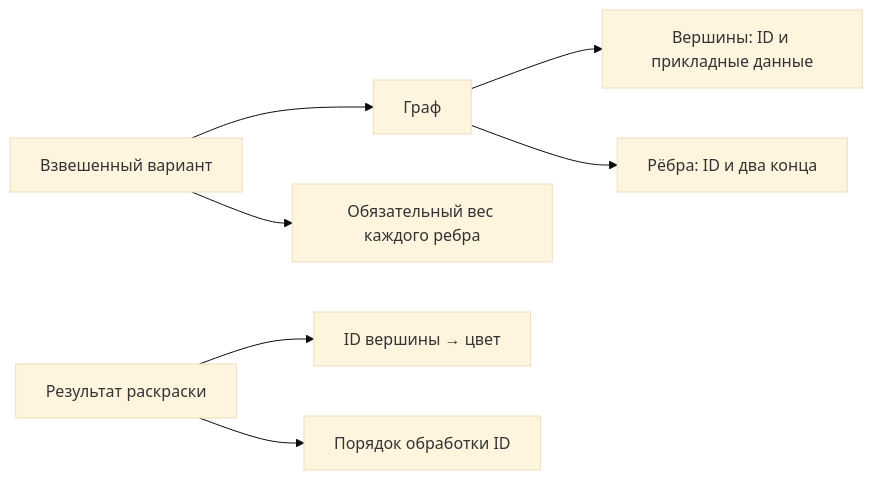
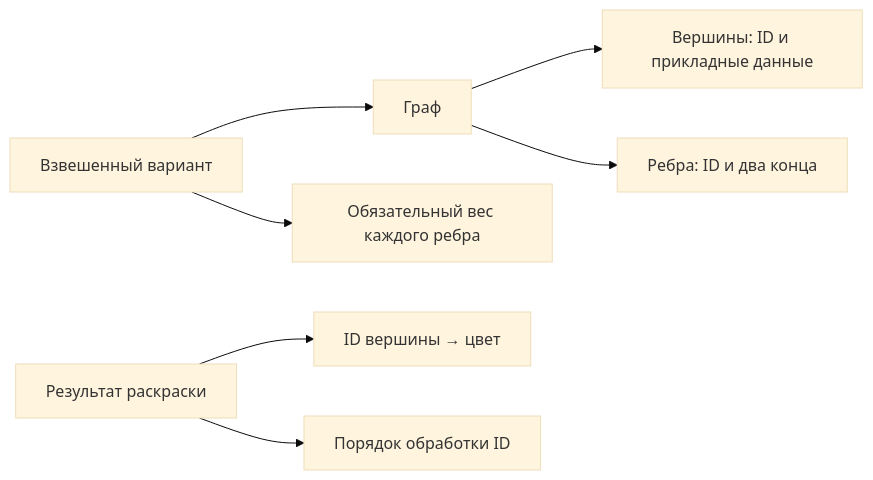
Before and after one commit to VenEraBle842/DOR3: the diagram in DESIGN.md, drawn with Mermaid (base theme). The commit also changed other lines of this file and 14 other files, not shown here.

````diff
--- a/DESIGN.md
+++ b/DESIGN.md
@@ -23,9 +23,9 @@
 ```mermaid
 flowchart LR
     G[Граф] --> V[Вершины: ID и прикладные данные]
-    G --> E[Рёбра: ID и два конца]
+    G --> E[Ребра: ID и два конца]
     W[Взвешенный вариант] --> G
     W --> D[Обязательный вес каждого ребра]
     C[Результат раскраски] --> I[ID вершины → цвет]
     C --> O[Порядок обработки ID]
 ```
````
